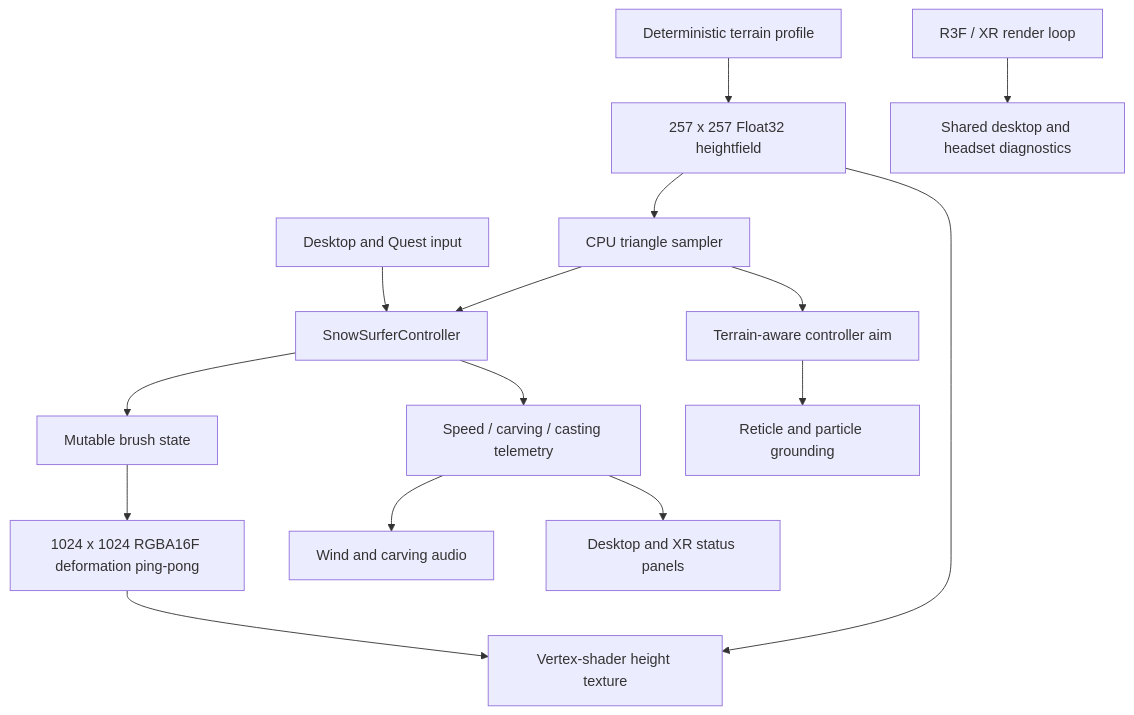
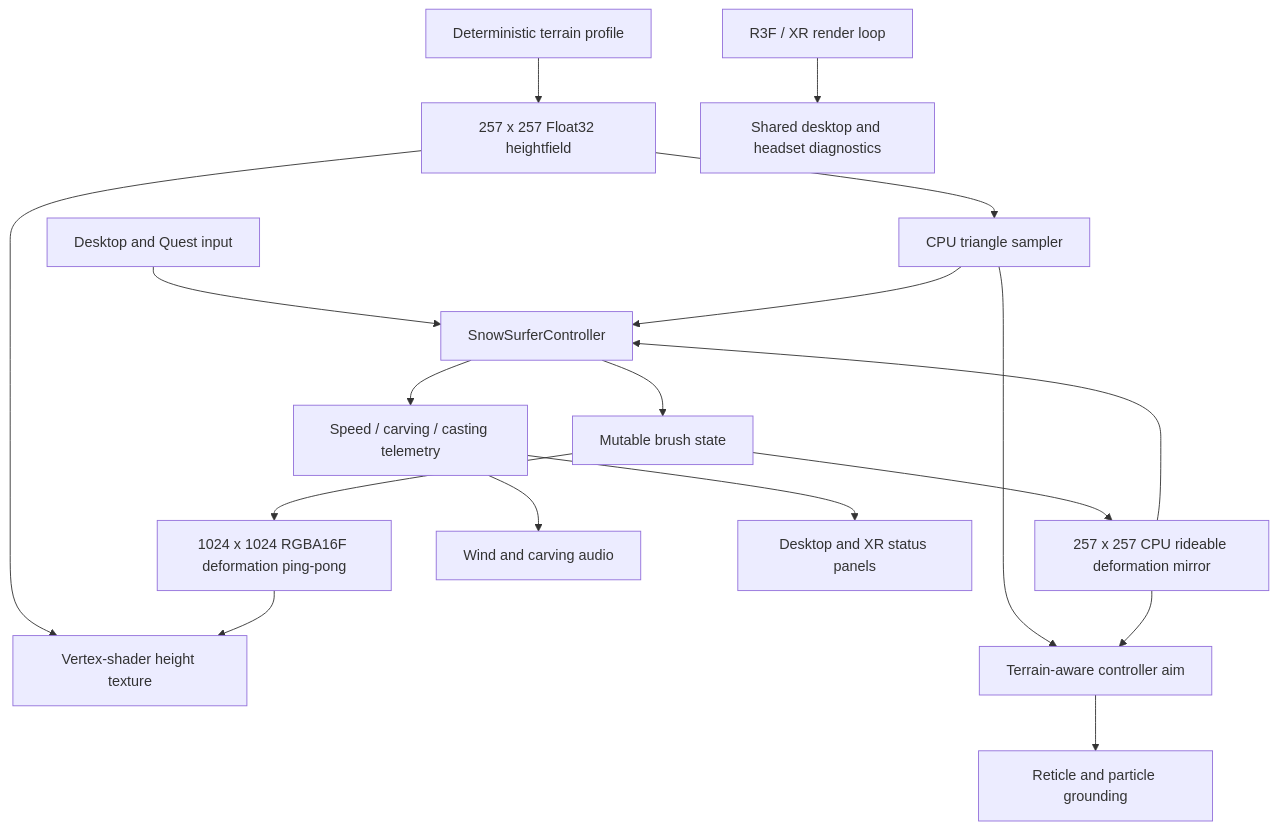
The diagram in docs/ARCHITECTURE.md (boxwrench/SnowVR), drawn with Mermaid before and after one commit. The commit also changed other lines of this file and 19 other files, not shown here.

````diff
--- a/docs/ARCHITECTURE.md
+++ b/docs/ARCHITECTURE.md
@@ -7,17 +7,20 @@
 ```mermaid
 flowchart TD
   Input[Desktop and Quest input] --> Rider[SnowSurferController]
   Rider --> Brush[Mutable brush state]
   Rider --> Telemetry[Speed / carving / casting telemetry]
   Profile[Deterministic terrain profile] --> Heightfield[257 x 257 Float32 heightfield]
   Heightfield --> CPU[CPU triangle sampler]
   Heightfield --> GPU[Vertex-shader height texture]
   CPU --> Rider
   CPU --> Aim[Terrain-aware controller aim]
   Aim --> Reticle[Reticle and particle grounding]
   Brush --> Deform[1024 x 1024 RGBA16F deformation ping-pong]
+  Brush --> Collision[257 x 257 CPU rideable deformation mirror]
+  Collision --> Rider
+  Collision --> Aim
   Deform --> GPU
   Telemetry --> Audio[Wind and carving audio]
   Telemetry --> HUD[Desktop and XR status panels]
   RenderLoop[R3F / XR render loop] --> Diagnostics[Shared desktop and headset diagnostics]
 ```
````
